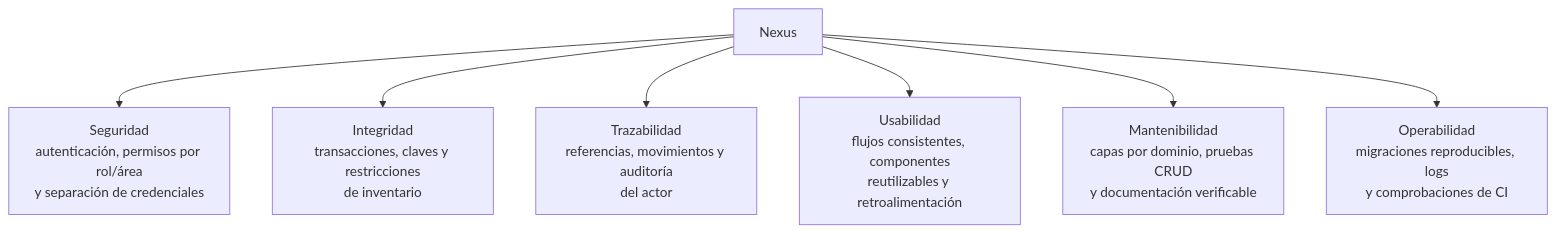
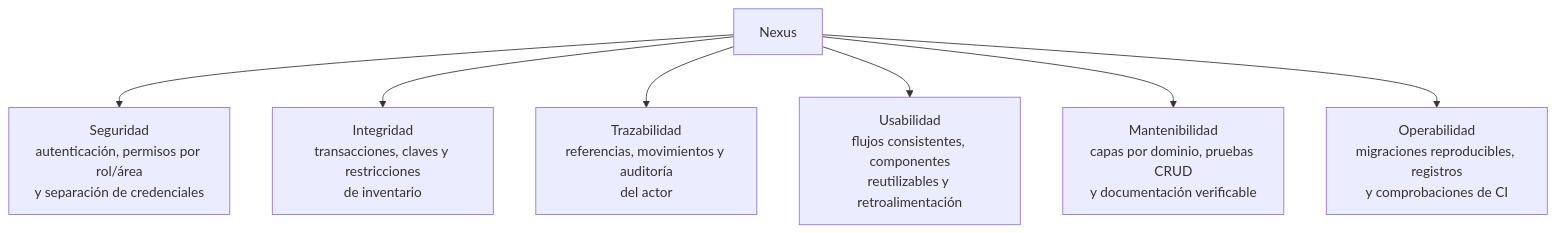
Before and after one commit to gpgsistemas01/nexus: the third of 4 diagrams in docs/requirements-diagrams.md, drawn with Mermaid. The commit also changed other lines of this file and 7 other files, not shown here.

````diff
--- a/docs/requirements-diagrams.md
+++ b/docs/requirements-diagrams.md
@@ -80,16 +80,16 @@
 ```mermaid
 flowchart TB
     nexus["Nexus"]
     security["Seguridad<br/>autenticación, permisos por rol/área<br/>y separación de credenciales"]
     integrity["Integridad<br/>transacciones, claves y restricciones<br/>de inventario"]
     traceability["Trazabilidad<br/>referencias, movimientos y auditoría<br/>del actor"]
     usability["Usabilidad<br/>flujos consistentes, componentes<br/>reutilizables y retroalimentación"]
     maintainability["Mantenibilidad<br/>capas por dominio, pruebas CRUD<br/>y documentación verificable"]
-    operability["Operabilidad<br/>migraciones reproducibles, logs<br/>y comprobaciones de CI"]
+    operability["Operabilidad<br/>migraciones reproducibles, registros<br/>y comprobaciones de CI"]
     nexus --> security
     nexus --> integrity
     nexus --> traceability
     nexus --> usability
     nexus --> maintainability
     nexus --> operability
 ```
````
